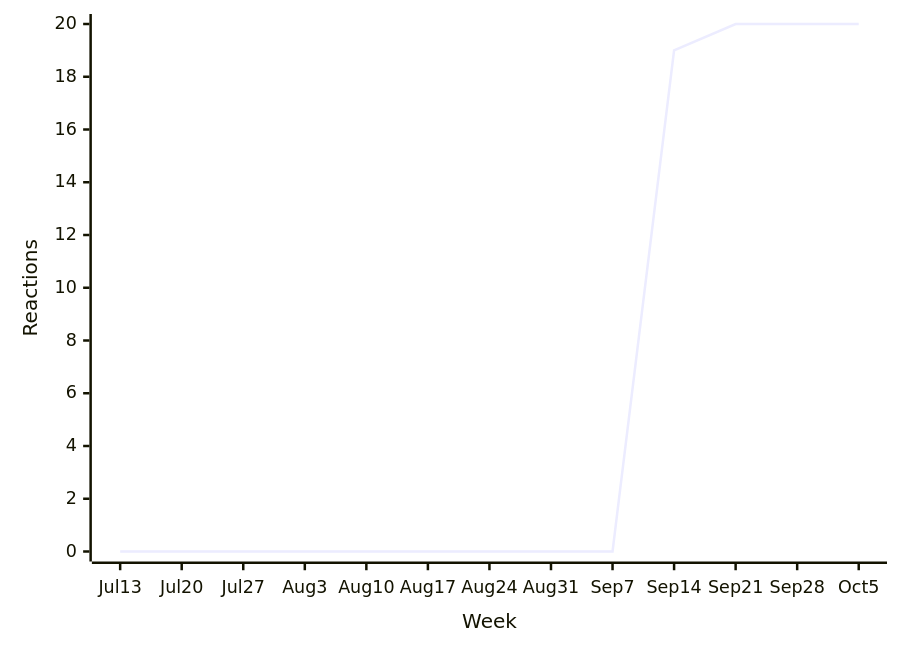
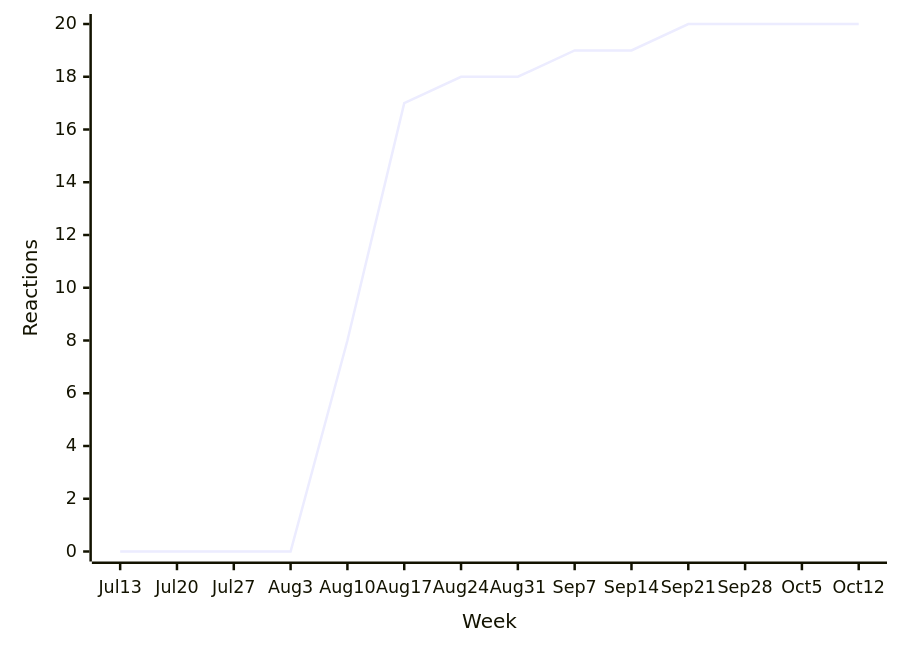
Before and after one commit to loic-sharma/github-insights: the sixth of 35 diagrams in README.md, drawn with Mermaid. The commit also changed other lines of this file and 3 other files, not shown here.

````diff
--- a/README.md
+++ b/README.md
@@ -409,6 +409,6 @@
   ```mermaid
   xychart-beta
-    x-axis "Week" [Jul 13, Jul 20, Jul 27, Aug 3, Aug 10, Aug 17, Aug 24, Aug 31, Sep 7, Sep 14, Sep 21, Sep 28, Oct 5]
+    x-axis "Week" [Jul 13, Jul 20, Jul 27, Aug 3, Aug 10, Aug 17, Aug 24, Aug 31, Sep 7, Sep 14, Sep 21, Sep 28, Oct 5, Oct 12]
     y-axis "Reactions" 0 --> 20
-    line [0, 0, 0, 0, 0, 0, 0, 0, 0, 19, 20, 20, 20]
+    line [0, 0, 0, 0, 8, 17, 18, 18, 19, 19, 20, 20, 20, 20]
   ```
````
